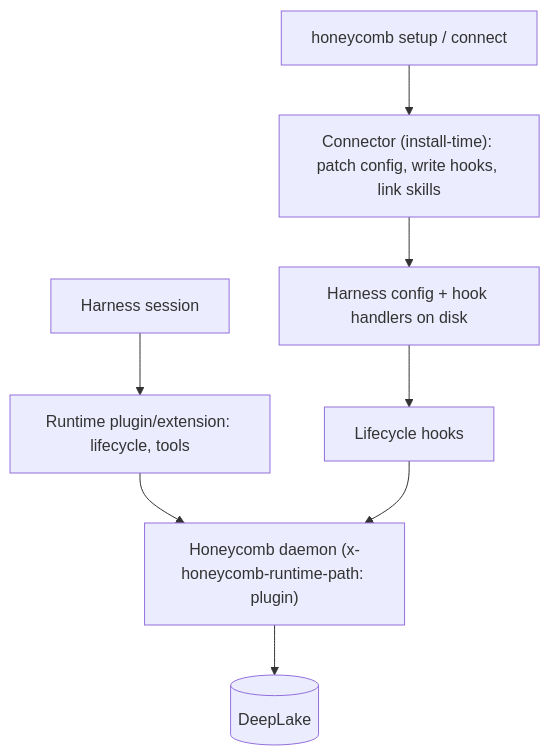
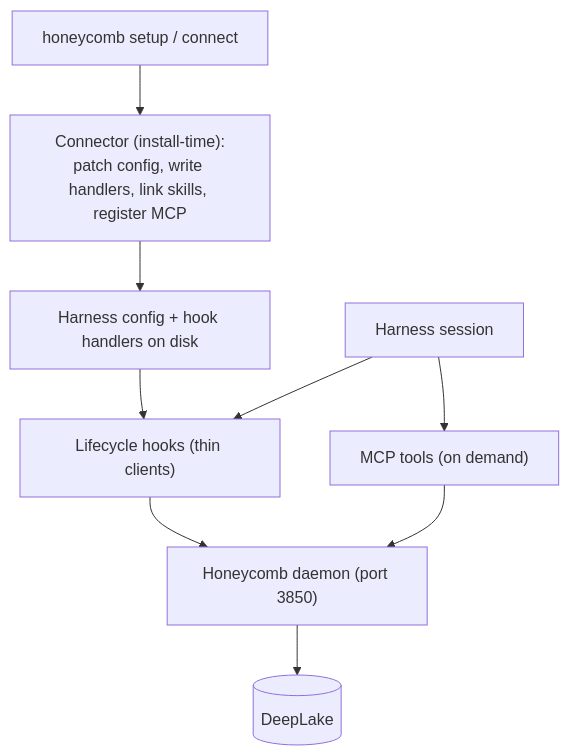
The diagram in library/knowledge/private/integrations/harness-integration.md (legioncodeinc/honeycomb), drawn with Mermaid before and after one commit. The commit also changed other lines of this file and 24 other files, not shown here.

````diff
--- a/library/knowledge/private/integrations/harness-integration.md
+++ b/library/knowledge/private/integrations/harness-integration.md
@@ -30,10 +32,11 @@
 ```mermaid
 flowchart TD
-    setup["honeycomb setup / connect"] --> connector["Connector (install-time): patch config, write hooks, link skills"]
+    setup["honeycomb setup / connect"] --> connector["Connector (install-time):\npatch config, write handlers, link skills, register MCP"]
     connector --> files["Harness config + hook handlers on disk"]
-    session["Harness session"] --> plugin["Runtime plugin/extension: lifecycle, tools"]
-    files --> hooks["Lifecycle hooks"]
-    plugin --> daemon["Honeycomb daemon (x-honeycomb-runtime-path: plugin)"]
-    hooks --> daemon
+    session["Harness session"] --> hooks["Lifecycle hooks (thin clients)"]
+    session --> mcp["MCP tools (on demand)"]
+    files --> hooks
+    hooks --> daemon["Honeycomb daemon (port 3850)"]
+    mcp --> daemon
     daemon --> store[(DeepLake)]
 ```
````
